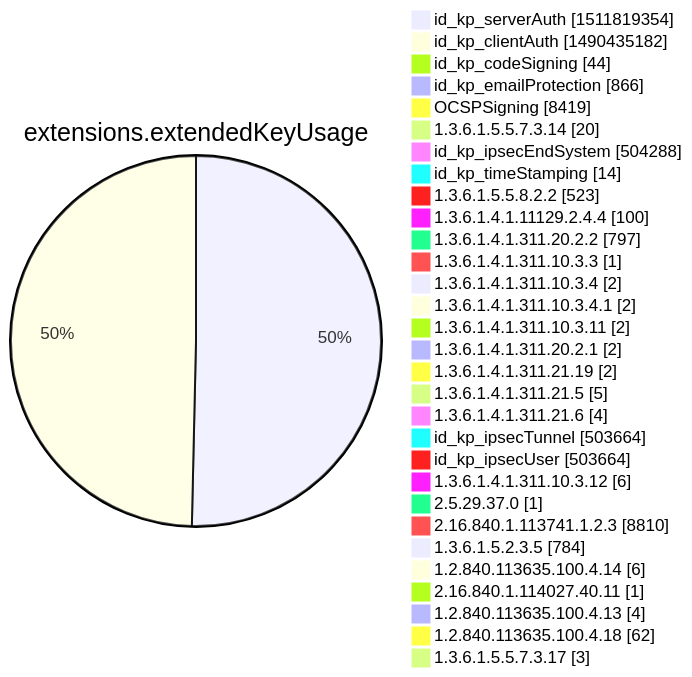
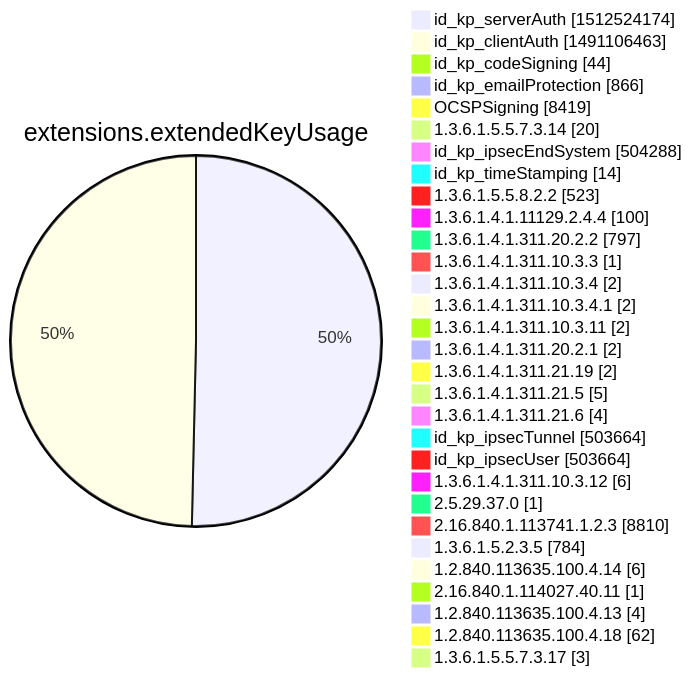
One commit to christiankrug/ctmonitor_visualization changed diagram 12 of 15 in argon2022/README.md. Above: the diagram before and after it, drawn with Mermaid. The commit also changed other lines of this file, not shown here.

````diff
--- a/argon2022/README.md
+++ b/argon2022/README.md
@@ -3555,34 +3555,34 @@
 ```mermaid
 pie showData
 title extensions.extendedKeyUsage
-"id_kp_serverAuth" :1511819354
-"id_kp_clientAuth" :1490435182
+"id_kp_serverAuth" :1512524174
+"id_kp_clientAuth" :1491106463
 "id_kp_codeSigning" :44
 "id_kp_emailProtection" :866
 "OCSPSigning" :8419
 "1.3.6.1.5.5.7.3.14" :20
 "id_kp_ipsecEndSystem" :504288
 "id_kp_timeStamping" :14
 "1.3.6.1.5.5.8.2.2" :523
 "1.3.6.1.4.1.11129.2.4.4" :100
 "1.3.6.1.4.1.311.20.2.2" :797
 "1.3.6.1.4.1.311.10.3.3" :1
 "1.3.6.1.4.1.311.10.3.4" :2
 "1.3.6.1.4.1.311.10.3.4.1" :2
 "1.3.6.1.4.1.311.10.3.11" :2
 "1.3.6.1.4.1.311.20.2.1" :2
 "1.3.6.1.4.1.311.21.19" :2
 "1.3.6.1.4.1.311.21.5" :5
 "1.3.6.1.4.1.311.21.6" :4
 "id_kp_ipsecTunnel" :503664
 "id_kp_ipsecUser" :503664
 "1.3.6.1.4.1.311.10.3.12" :6
 "2.5.29.37.0" :1
 "2.16.840.1.113741.1.2.3" :8810
 "1.3.6.1.5.2.3.5" :784
 "1.2.840.113635.100.4.14" :6
 "2.16.840.1.114027.40.11" :1
 "1.2.840.113635.100.4.13" :4
 "1.2.840.113635.100.4.18" :62
 "1.3.6.1.5.5.7.3.17" :3
 ```
````
